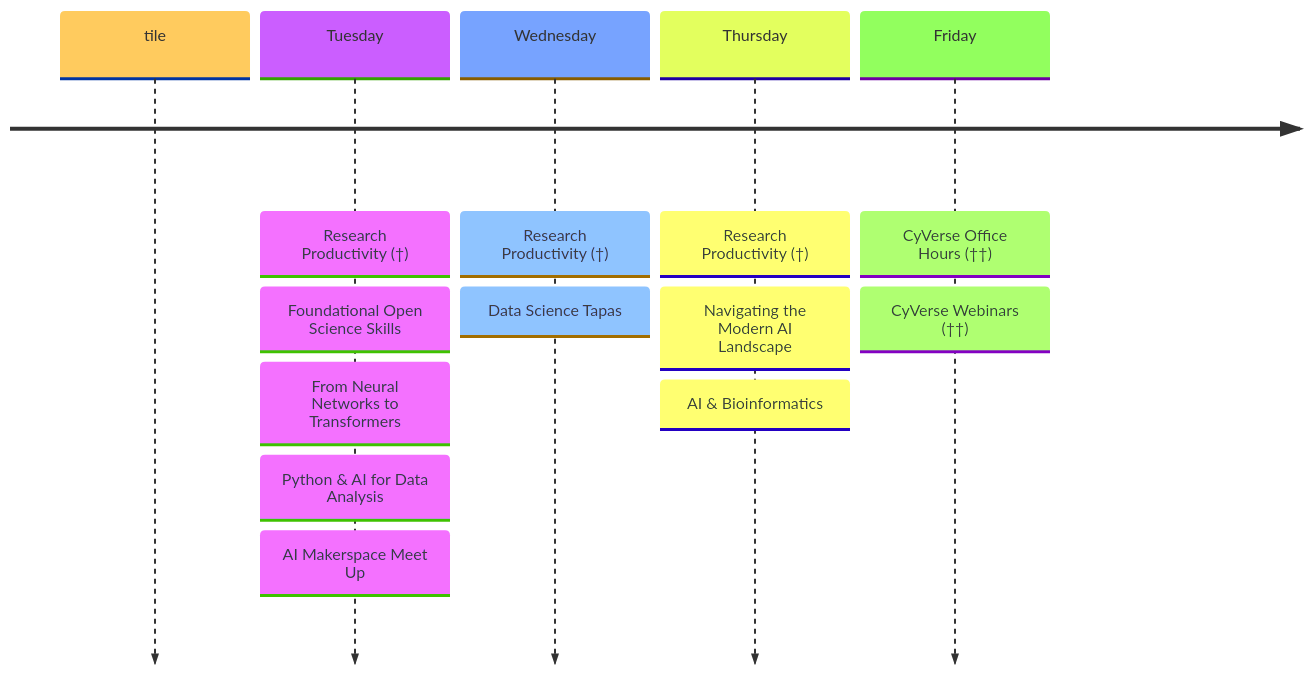
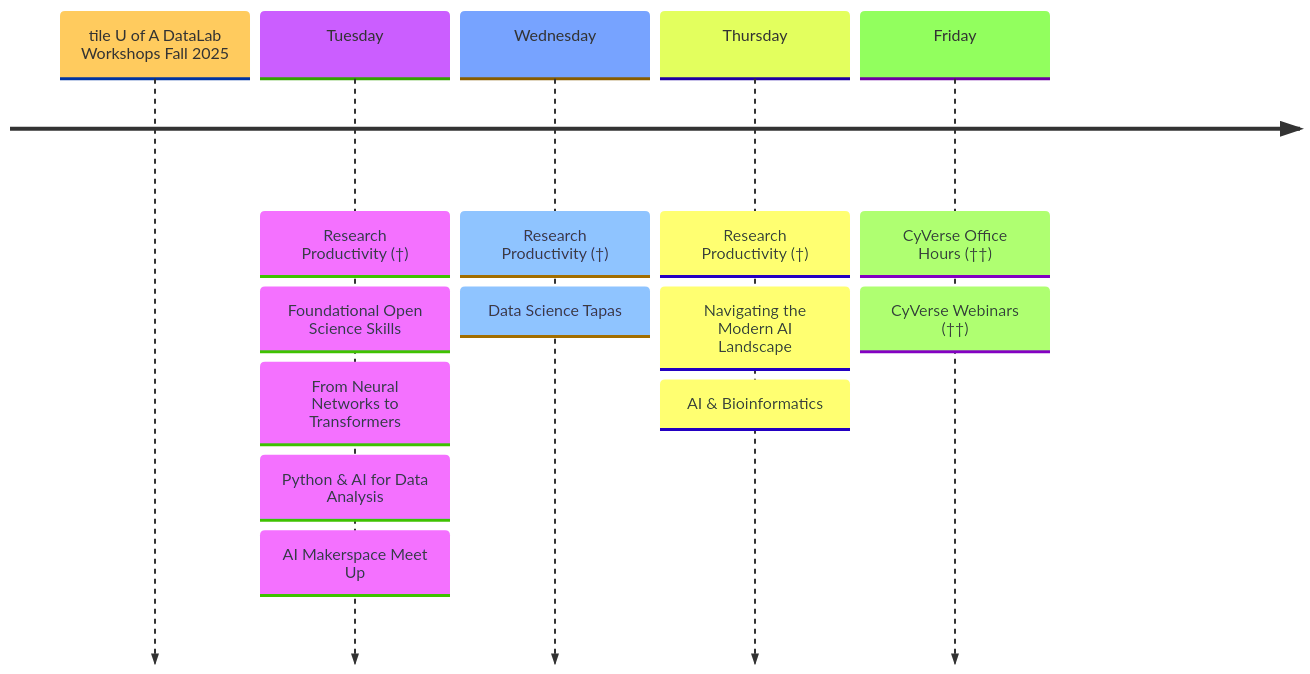
The diagram in docs/index.md (ua-datalab/ua-datalab.github.io), drawn with Mermaid before and after one commit. The commit also changed other lines of this file, not shown here.

````diff
--- a/docs/index.md
+++ b/docs/index.md
@@ -31,17 +31,17 @@
 ```mermaid
 %%{init: { 'logLevel': 'debug', 'theme': 'base' } }%%
 timeline
-    tile 
+    tile U of A DataLab Workshops Fall 2025
     Tuesday : Research Productivity (†)
             : Foundational Open Science Skills
 	    : From Neural Networks to Transformers
 	    : Python & AI for Data Analysis
 	    : AI Makerspace Meet Up
     Wednesday : Research Productivity (†)
 	    : Data Science Tapas
     Thursday : Research Productivity (†)
     	     : Navigating the Modern AI Landscape
     	     : AI & Bioinformatics 
     Friday : CyVerse Office Hours (††)
     	   : CyVerse Webinars (††)
 ```
````
